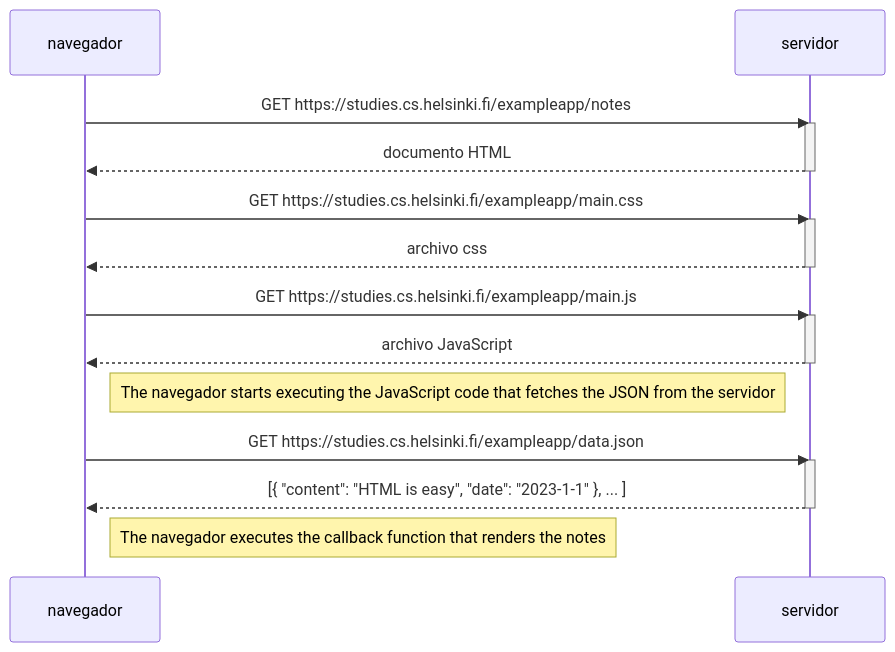
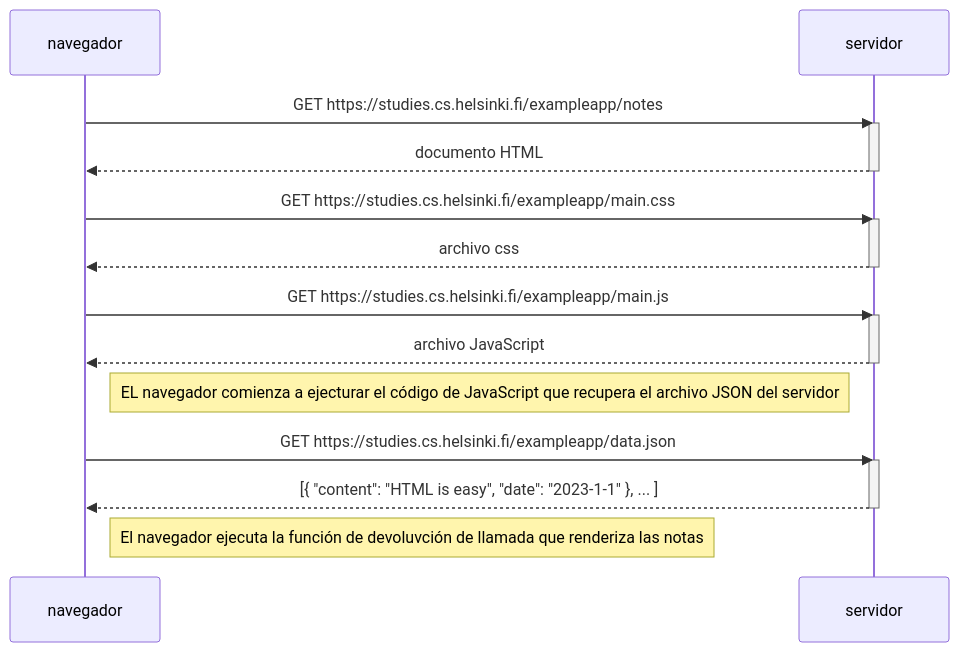
The diagram in parte-0/ejemplo-0.4.mmd (CuteLoop/fullstack-open), drawn with Mermaid before and after one commit.

```diff
--- a/parte-0/ejemplo-0.4.mmd
+++ b/parte-0/ejemplo-0.4.mmd
@@ -1,27 +1,27 @@
 sequenceDiagram
     participant navegador
     participant servidor
 
     navegador->>servidor: GET https://studies.cs.helsinki.fi/exampleapp/notes
     activate servidor
     servidor-->>navegador: documento HTML
     deactivate servidor
 
     navegador->>servidor: GET https://studies.cs.helsinki.fi/exampleapp/main.css
     activate servidor
     servidor-->>navegador: archivo css
     deactivate servidor
 
     navegador->>servidor: GET https://studies.cs.helsinki.fi/exampleapp/main.js
     activate servidor
     servidor-->>navegador: archivo JavaScript
     deactivate servidor
 
-    Note right of navegador: The navegador starts executing the JavaScript code that fetches the JSON from the servidor
+    Note right of navegador: EL navegador comienza a ejecturar el código de JavaScript que recupera el archivo JSON del servidor
 
     navegador->>servidor: GET https://studies.cs.helsinki.fi/exampleapp/data.json
     activate servidor
     servidor-->>navegador: [{ "content": "HTML is easy", "date": "2023-1-1" }, ... ]
     deactivate servidor
 
-    Note right of navegador: The navegador executes the callback function that renders the notes
+    Note right of navegador: El navegador ejecuta la función de devoluvción de llamada que renderiza las notas
```
